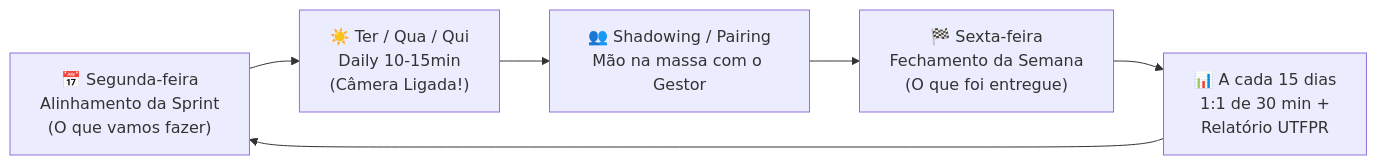
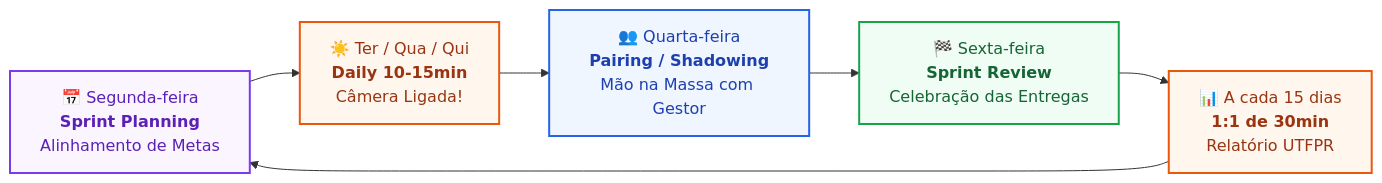
Before and after one commit to Roliveira96/manual-do-calouro: the diagram in README.md, drawn with Mermaid. The commit also changed other lines of this file and 15 other files, not shown here.

````diff
--- a/README.md
+++ b/README.md
@@ -73,8 +111,19 @@
 ```mermaid
 flowchart LR
-    Seg["📅 Segunda-feira\nAlinhamento da Sprint\n(O que vamos fazer)"] --> Daily["☀️ Ter / Qua / Qui\nDaily 10-15min\n(Câmera Ligada!)"]
-    Daily --> Pair["👥 Shadowing / Pairing\nMão na massa com o Gestor"]
-    Pair --> Sex["🏁 Sexta-feira\nFechamento da Semana\n(O que foi entregue)"]
-    Sex --> Qz["📊 A cada 15 dias\n1:1 de 30 min +\nRelatório UTFPR"]
+    Seg["📅 Segunda-feira<br><b>Sprint Planning</b><br>Alinhamento de Metas"] --> Daily["☀️ Ter / Qua / Qui<br><b>Daily 10-15min</b><br>Câmera Ligada!"]
+    Daily --> Pair["👥 Quarta-feira<br><b>Pairing / Shadowing</b><br>Mão na Massa com Gestor"]
+    Pair --> Sex["🏁 Sexta-feira<br><b>Sprint Review</b><br>Celebração das Entregas"]
+    Sex --> Qz["📊 A cada 15 dias<br><b>1:1 de 30min</b><br>Relatório UTFPR"]
     Qz --> Seg
+
+    classDef orange fill:#fff7ed,stroke:#ea580c,stroke-width:2px,color:#9a3412
+    classDef blue fill:#eff6ff,stroke:#2563eb,stroke-width:2px,color:#1e40af
+    classDef purple fill:#faf5ff,stroke:#7c3aed,stroke-width:2px,color:#5b21b6
+    classDef green fill:#f0fdf4,stroke:#16a34a,stroke-width:2px,color:#166534
+
+    class Seg purple
+    class Daily orange
+    class Pair blue
+    class Sex green
+    class Qz orange
 ```
````
